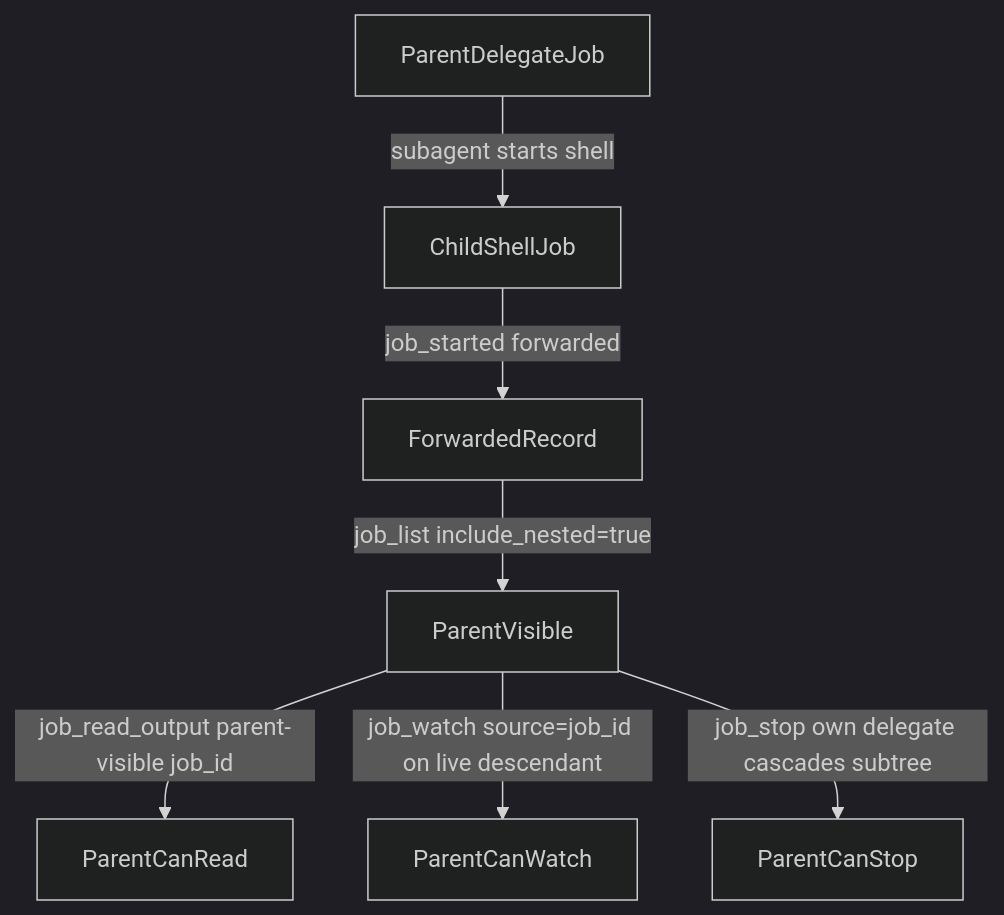
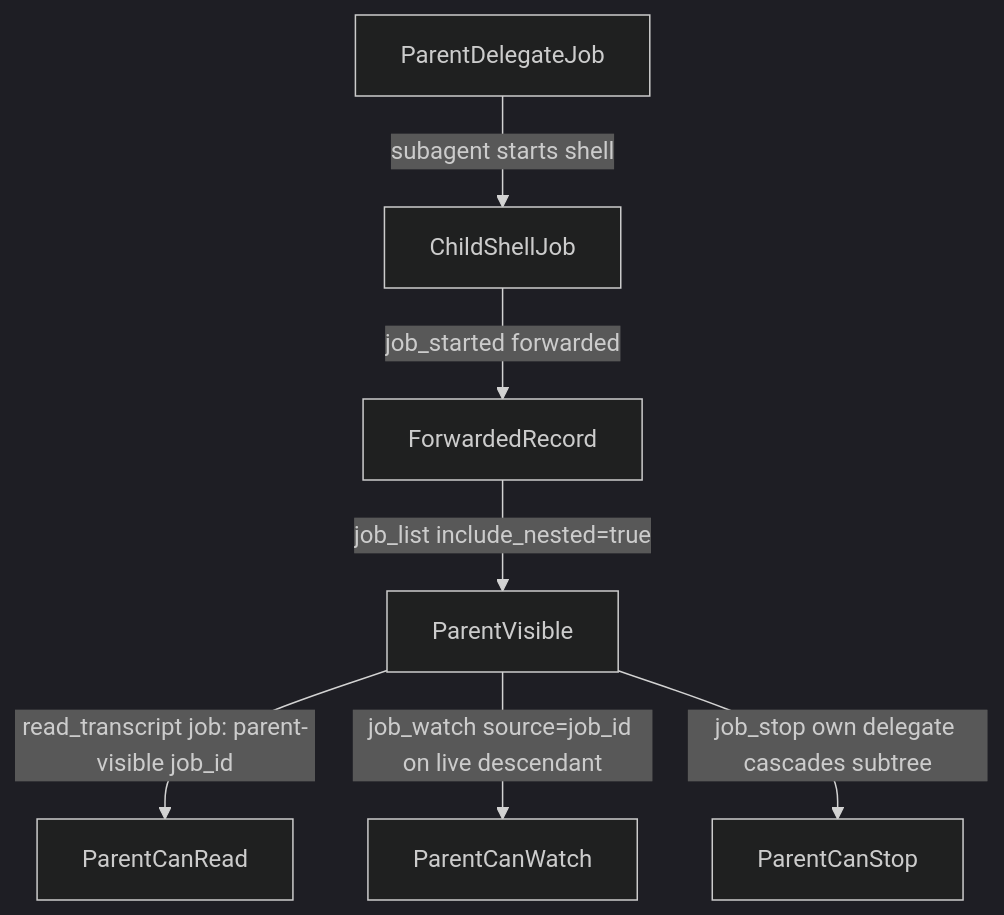
The seventh of 7 diagrams in docs/job-control.md (prime-radiant-inc/evener), drawn with Mermaid (dark theme) before and after one commit. The commit also changed other lines of this file and 1 other file, not shown here.

````diff
--- a/docs/job-control.md
+++ b/docs/job-control.md
@@ -1173,9 +1178,9 @@
 ```mermaid
 flowchart TD
     ParentDelegateJob -->|subagent starts shell| ChildShellJob
     ChildShellJob -->|job_started forwarded| ForwardedRecord
     ForwardedRecord -->|job_list include_nested=true| ParentVisible
-    ParentVisible -->|job_read_output parent-visible job_id| ParentCanRead
+    ParentVisible -->|read_transcript job: parent-visible job_id| ParentCanRead
     ParentVisible -->|job_watch source=job_id on live descendant| ParentCanWatch
     ParentVisible -->|job_stop own delegate cascades subtree| ParentCanStop
 ```
````
